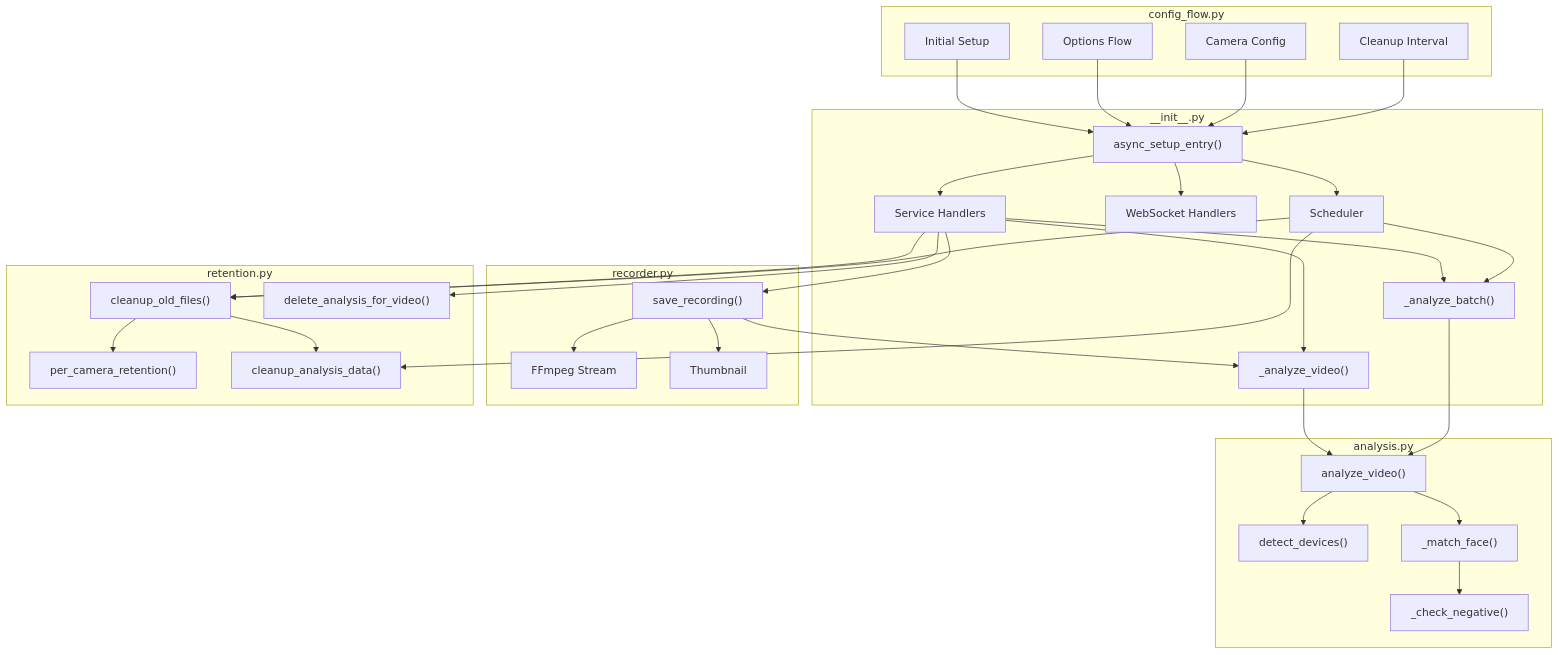
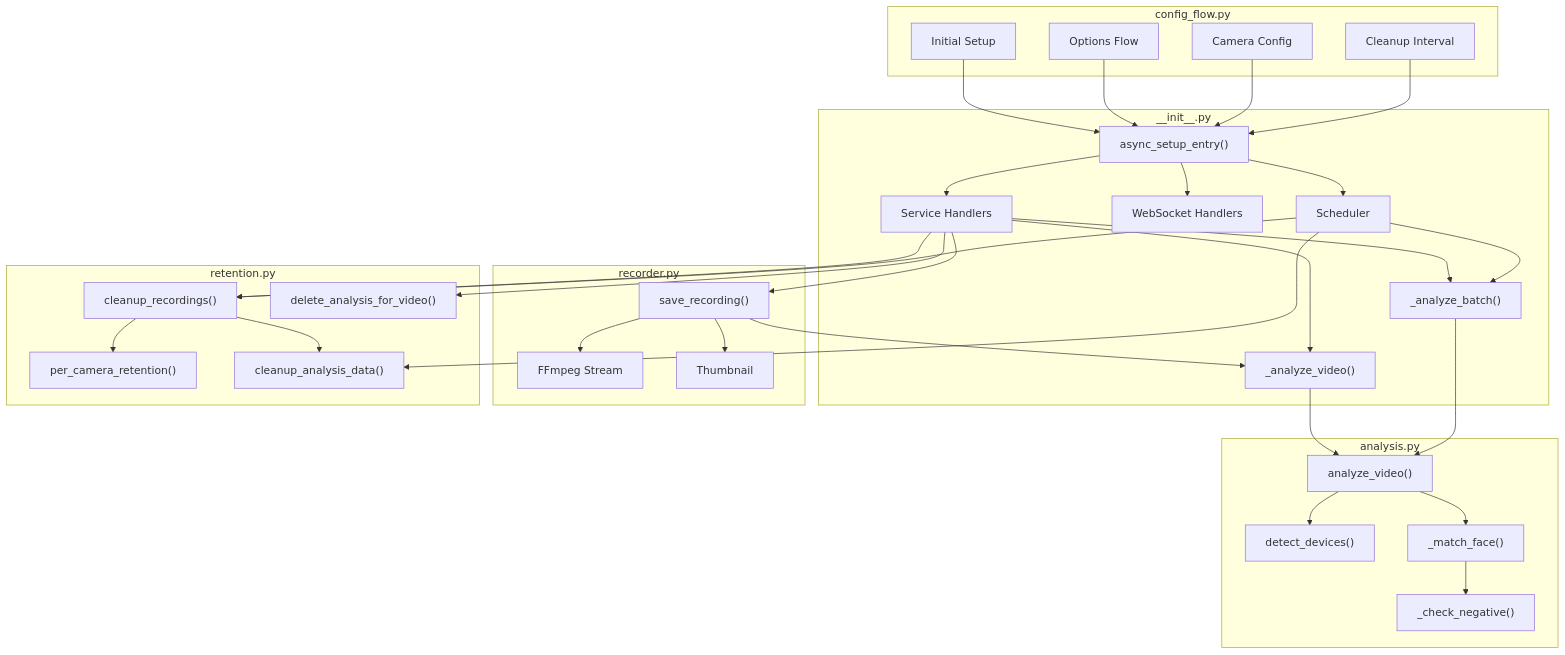
The sixth of 8 diagrams in README.md (brainAThome/Opening_RTSP-Recorder), drawn with Mermaid before and after one commit. The commit also changed other lines of this file, not shown here.

Commit message:
docs: Fix README diagrams to match codebase implementation

````diff
--- a/README.md
+++ b/README.md
@@ -385,71 +386,71 @@
 ```mermaid
 flowchart TB
     subgraph ConfigFlow["config_flow.py"]
         CF_INIT["Initial Setup"]
         CF_OPT["Options Flow"]
         CF_CAM["Camera Config"]
         CF_CLEANUP["Cleanup Interval"]
     end
     
     subgraph Init["__init__.py"]
         SETUP["async_setup_entry()"]
         SERVICES["Service Handlers"]
         WS["WebSocket Handlers"]
         ANALYZE["_analyze_video()"]
         BATCH["_analyze_batch()"]
         SCHEDULE["Scheduler"]
     end
     
     subgraph Recorder["recorder.py"]
         SAVE["save_recording()"]
         STREAM["FFmpeg Stream"]
         THUMB["Thumbnail"]
     end
     
     subgraph Analysis["analysis.py"]
         DEVICES["detect_devices()"]
         ANALYZE_VID["analyze_video()"]
         FACE_MATCH["_match_face()"]
         NEG_CHECK["_check_negative()"]
     end
     
     subgraph Retention["retention.py"]
-        CLEANUP["cleanup_old_files()"]
+        CLEANUP["cleanup_recordings()"]
         PER_CAM["per_camera_retention()"]
         ANALYSIS_CLEAN["cleanup_analysis_data()"]
         DELETE_ANALYSIS["delete_analysis_for_video()"]
     end
     
     CF_INIT --> SETUP
     CF_OPT --> SETUP
     CF_CAM --> SETUP
     CF_CLEANUP --> SETUP
     
     SETUP --> SERVICES
     SETUP --> WS
     SETUP --> SCHEDULE
     
     SERVICES --> SAVE
     SERVICES --> ANALYZE
     SERVICES --> BATCH
     SERVICES --> CLEANUP
     SERVICES --> DELETE_ANALYSIS
     
     SCHEDULE --> BATCH
     SCHEDULE --> CLEANUP
     SCHEDULE --> ANALYSIS_CLEAN
     
     SAVE --> STREAM
     SAVE --> THUMB
     SAVE --> ANALYZE
     
     ANALYZE --> ANALYZE_VID
     BATCH --> ANALYZE_VID
     
     ANALYZE_VID --> DEVICES
     ANALYZE_VID --> FACE_MATCH
     FACE_MATCH --> NEG_CHECK
     
     CLEANUP --> PER_CAM
     CLEANUP --> ANALYSIS_CLEAN
 ```
````
